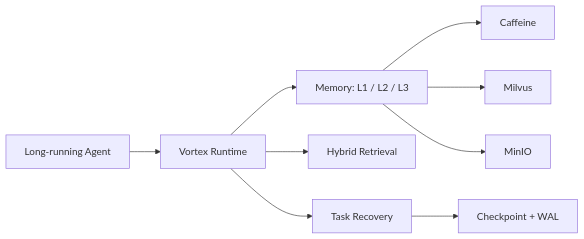
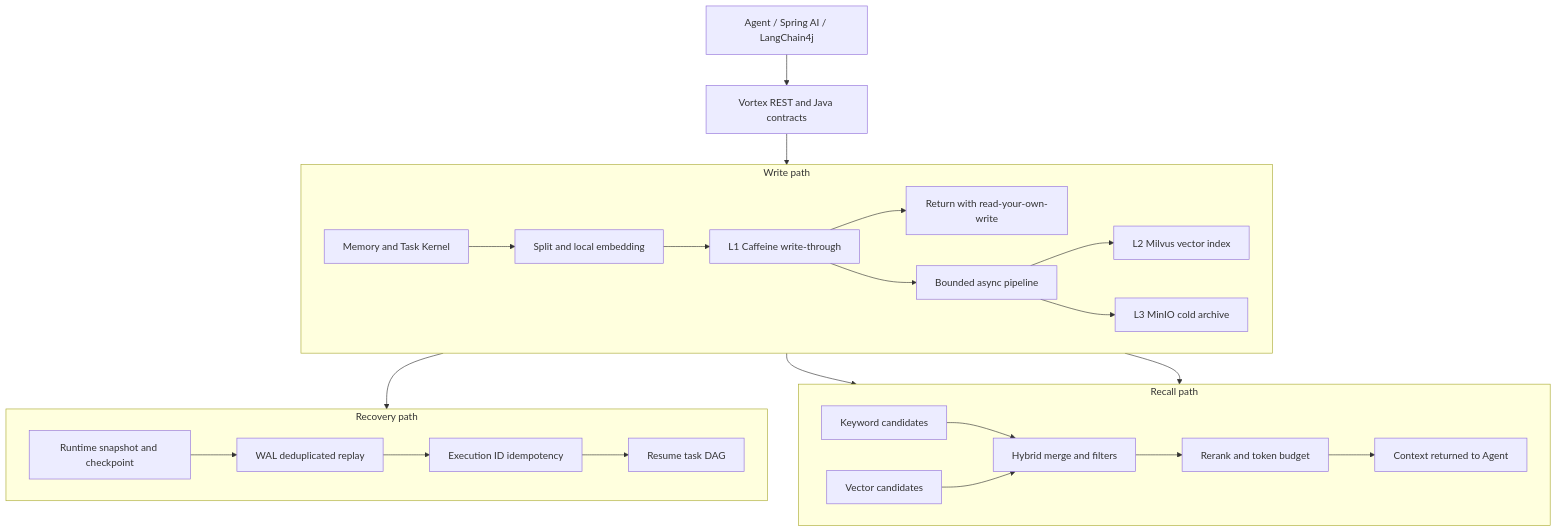
The diagram in README.md (HaibaraAi2517/Vortex), drawn with Mermaid before and after one commit. The commit also changed other lines of this file and 39 other files, not shown here.

````diff
--- a/README.md
+++ b/README.md
@@ -34,11 +32,33 @@
 ```mermaid
-flowchart LR
-    A[Long-running Agent] --> V[Vortex Runtime]
-    V --> M[Memory: L1 / L2 / L3]
-    V --> R[Hybrid Retrieval]
-    V --> S[Task Recovery]
-    M --> C[Caffeine]
-    M --> MV[Milvus]
-    M --> IO[MinIO]
-    S --> W[Checkpoint + WAL]
+flowchart TB
+    A[Agent / Spring AI / LangChain4j] --> API[Vortex REST and Java contracts]
+    API --> K[Memory and Task Kernel]
+
+    subgraph W[Write path]
+        direction LR
+        K --> E[Split and local embedding]
+        E --> L1[L1 Caffeine write-through]
+        L1 --> ACK[Return with read-your-own-write]
+        L1 --> P[Bounded async pipeline]
+        P --> L2[L2 Milvus vector index]
+        P --> L3[L3 MinIO cold archive]
+    end
+
+    subgraph R[Recall path]
+        direction LR
+        K --> KW[Keyword candidates]
+        K --> VC[Vector candidates]
+        KW --> H[Hybrid merge and filters]
+        VC --> H
+        H --> B[Rerank and token budget]
+        B --> CTX[Context returned to Agent]
+    end
+
+    subgraph S[Recovery path]
+        direction LR
+        K --> CP[Runtime snapshot and checkpoint]
+        CP --> WAL[WAL deduplicated replay]
+        WAL --> ID[Execution ID idempotency]
+        ID --> RES[Resume task DAG]
+    end
 ```
````
